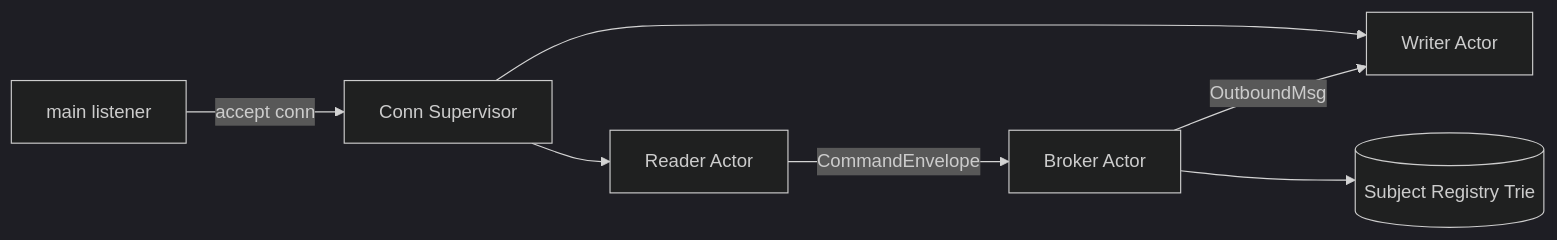
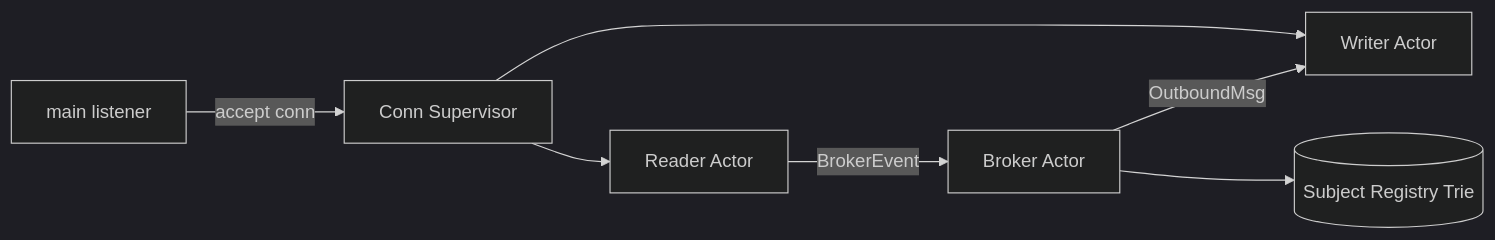
One commit to elmq0022/pub-sub changed the first of 2 diagrams in DESIGN.md. Above: the diagram before and after it, drawn with Mermaid (dark theme). The commit also changed other lines of this file, not shown here.

````diff
--- a/DESIGN.md
+++ b/DESIGN.md
@@ -32,9 +32,9 @@
 ```mermaid
 flowchart LR
     A[main listener] -->|accept conn| B[Conn Supervisor]
     B --> C[Reader Actor]
     B --> D[Writer Actor]
-    C -->|CommandEnvelope| E[Broker Actor]
+    C -->|BrokerEvent| E[Broker Actor]
     E -->|OutboundMsg| D
     E --> F[(Subject Registry Trie)]
 ```
````
